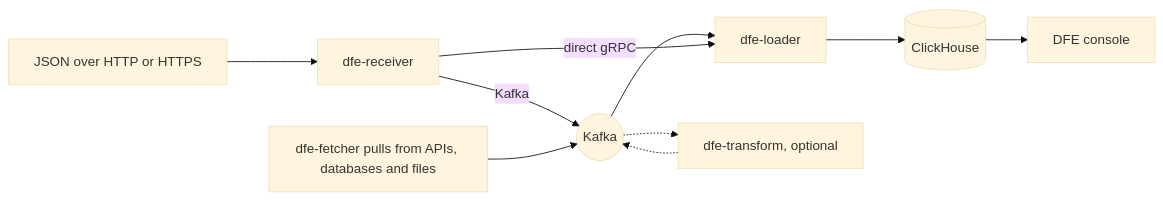
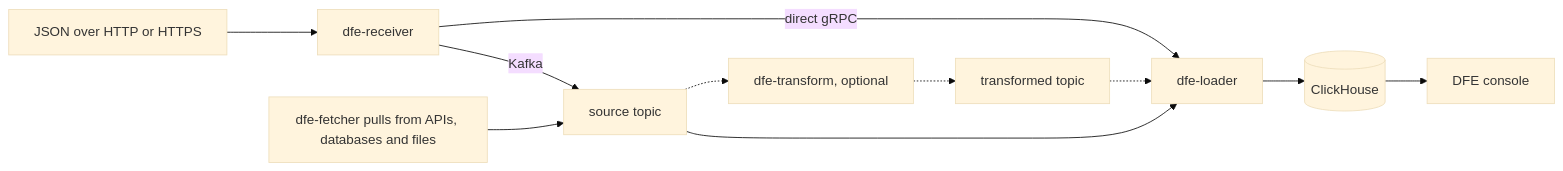
The diagram in docs-site/content-root/README.md (hyperi-io/dfe-infra), drawn with Mermaid (base theme) before and after one commit. The commit also changed other lines of this file, not shown here.

Commit message:
docs(overview): draw the transform between its two topics
With a transform configured, the loader reads the transformed topic. The diagram shows the source topic feeding the transform, which writes to the second topic. This replaces the loop on one Kafka node.

````diff
--- a/docs-site/content-root/README.md
+++ b/docs-site/content-root/README.md
@@ -19,11 +19,11 @@
 ```mermaid
 flowchart LR
   S[JSON over HTTP or HTTPS] --> R[dfe-receiver]
-  R -->|Kafka| K((Kafka))
-  F[dfe-fetcher pulls from APIs, databases and files] --> K
-  K --> L[dfe-loader]
-  K -.-> T[dfe-transform, optional] -.-> K
+  R -->|Kafka| K1[source topic]
+  F[dfe-fetcher pulls from APIs, databases and files] --> K1
+  K1 --> L[dfe-loader]
+  K1 -.-> T[dfe-transform, optional] -.-> K2[transformed topic] -.-> L
   R -->|direct gRPC| L
   L --> C[(ClickHouse)]
   C --> H[DFE console]
 ```
````
